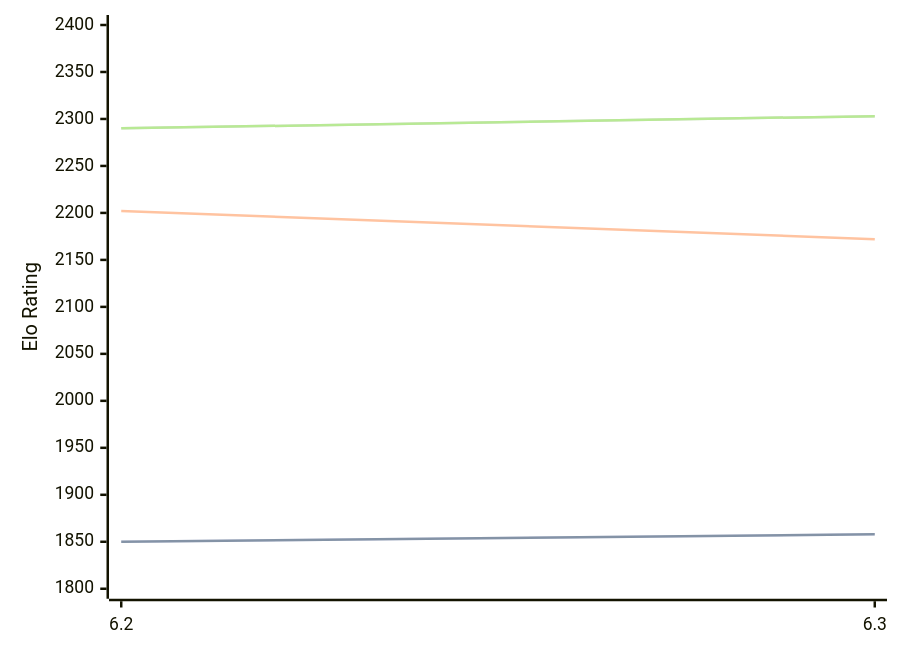
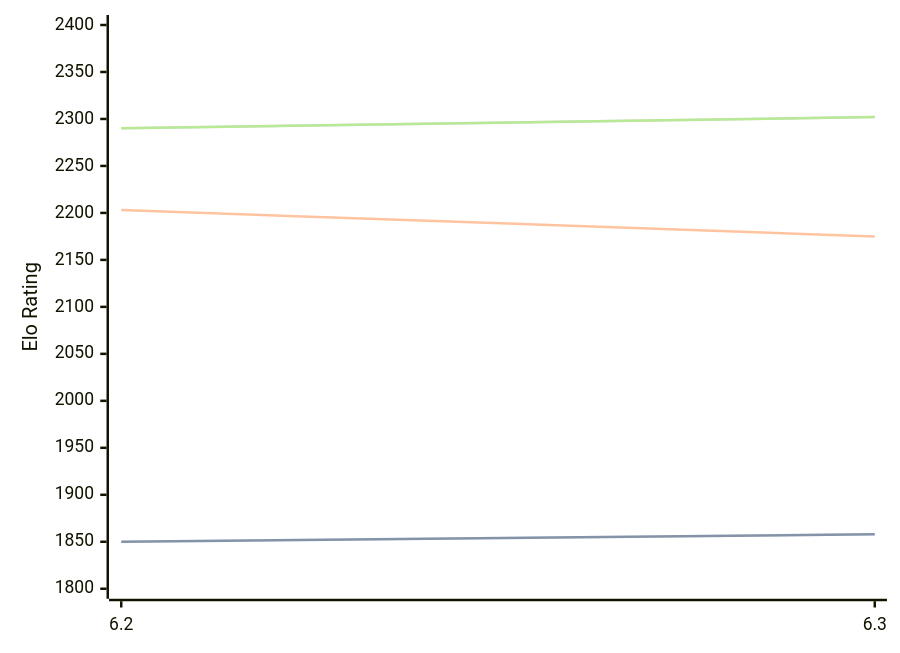
The diagram in engines/chess4j.md (computer-chess-index/cci), drawn with Mermaid before and after one commit. The commit also changed other lines of this file, not shown here.

Commit message:
Update CCI Ratings (ELO VLTC) - 2026-08-19

````diff
--- a/engines/chess4j.md
+++ b/engines/chess4j.md
@@ -32,11 +32,11 @@
 ```mermaid
 %%{init: {"theme":"base","themeVariables":{"seriesColors:['#a3a3a3','#222221','#faa371']}}}%%
 xychart-beta
   x-axis ["6.2", "6.3"]
   y-axis "Elo Rating" 1800 --> 2400
   line "STC (8.0+0.08s)" [1850, 1858]
   line "STC (8.0+0.08s)" [1850, 1858]
-  line "LTC (60.0+0.60s)" [2202, 2172]
-  line "VLTC (2m24s+1.12s)" [2290, 2303]
-  line "VLTC (2m24s+1.12s)" [2290, 2303]
+  line "LTC (60.0+0.60s)" [2203, 2175]
+  line "VLTC (2m24s+1.12s)" [2290, 2302]
+  line "VLTC (2m24s+1.12s)" [2290, 2302]
 ```
````
